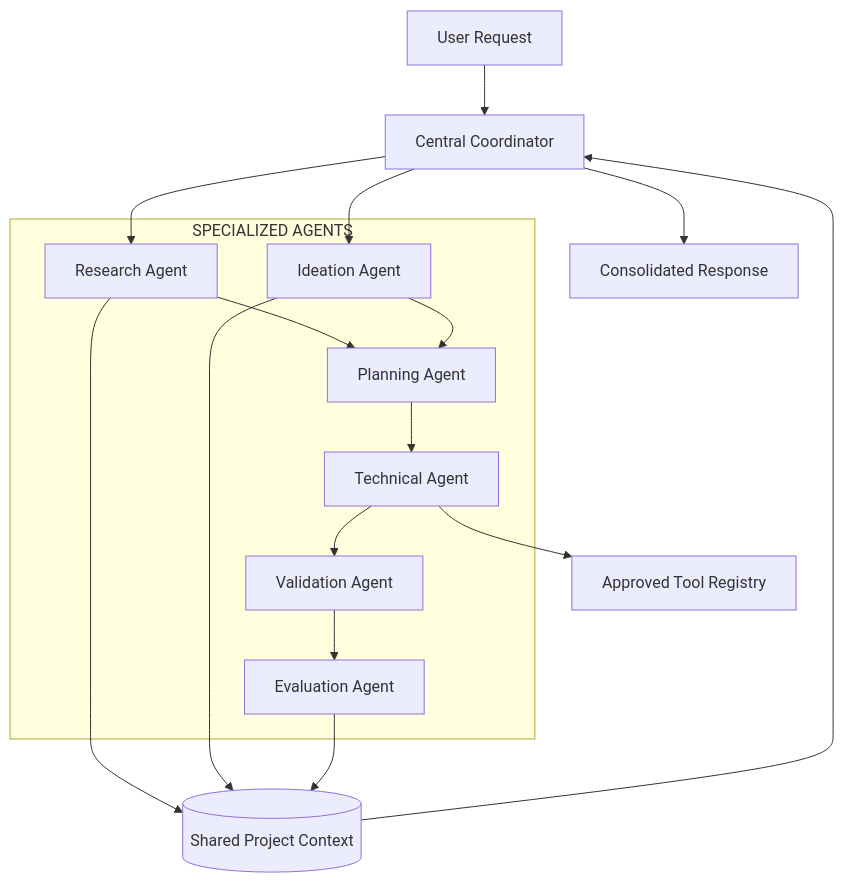
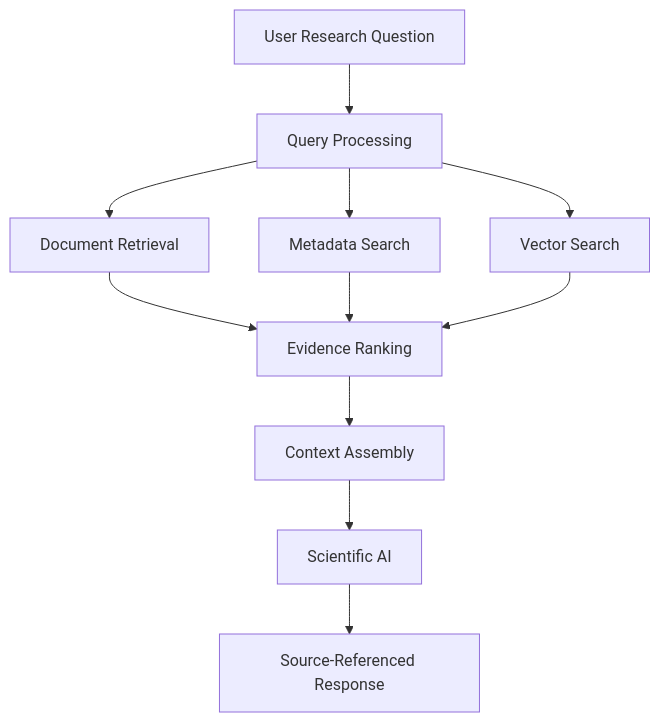
Before and after one commit to lucylow/woohoo-wonder-labs: the sixth of 13 diagrams in README.md, drawn with Mermaid. The commit also changed other lines of this file, not shown here.

````diff
--- a/README.md
+++ b/README.md
@@ -613,40 +509,13 @@
 ```mermaid
-flowchart TB
-
-    USER["User Request"]
-
-    ORCH["Central Coordinator"]
-
-    subgraph SPECIALISTS["SPECIALIZED AGENTS"]
-        A["Research Agent"]
-        B["Ideation Agent"]
-        C["Planning Agent"]
-        D["Technical Agent"]
-        E["Validation Agent"]
-        F["Evaluation Agent"]
-    end
-
-    MEMORY[("Shared Project Context")]
-    TOOLS["Approved Tool Registry"]
-    RESULT["Consolidated Response"]
-
-    USER --> ORCH
-
-    ORCH --> A
-    ORCH --> B
-    A --> MEMORY
-    B --> MEMORY
-
-    A --> C
-    B --> C
-
-    C --> D
-    D --> TOOLS
-    D --> E
-
+flowchart TD
+    A[User Research Question] --> B[Query Processing]
+    B --> C[Document Retrieval]
+    B --> D[Metadata Search]
+    B --> E[Vector Search]
+    C --> F[Evidence Ranking]
+    D --> F
     E --> F
-    F --> MEMORY
-
-    MEMORY --> ORCH
-    ORCH --> RESULT
+    F --> G[Context Assembly]
+    G --> H[Scientific AI]
+    H --> I[Source-Referenced Response]
 ```
````
